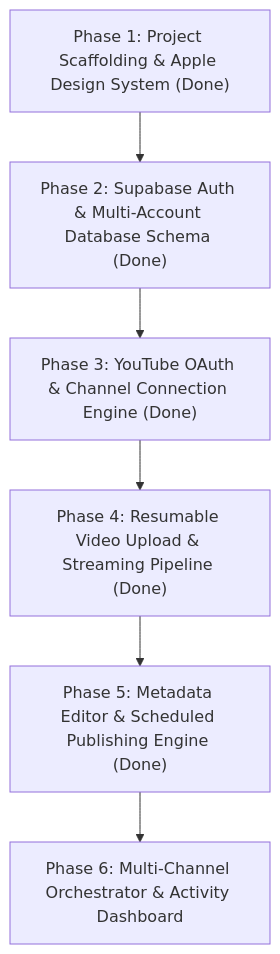
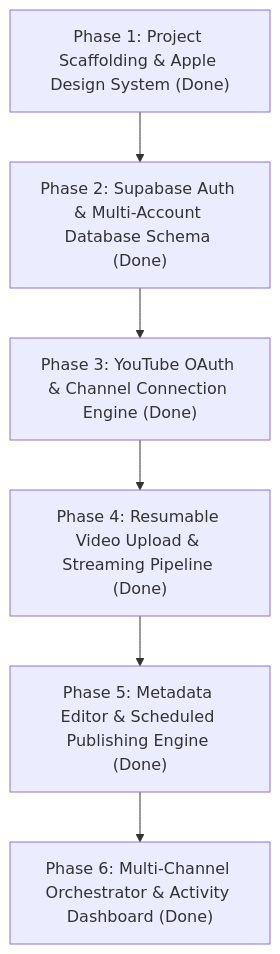
The diagram in .planning/ROADMAP.md (nil-frontend/Social-Hub), drawn with Mermaid before and after one commit. The commit also changed other lines of this file and 7 other files, not shown here.

Commit message:
feat(phase-6): complete multi-channel dispatch orchestrator, live progress modal, and publishing history dashboard

````diff
--- a/.planning/ROADMAP.md
+++ b/.planning/ROADMAP.md
@@ -5,8 +5,8 @@
 ```mermaid
 flowchart TD
     P1["Phase 1: Project Scaffolding & Apple Design System (Done)"] --> P2["Phase 2: Supabase Auth & Multi-Account Database Schema (Done)"]
     P2 --> P3["Phase 3: YouTube OAuth & Channel Connection Engine (Done)"]
     P3 --> P4["Phase 4: Resumable Video Upload & Streaming Pipeline (Done)"]
     P4 --> P5["Phase 5: Metadata Editor & Scheduled Publishing Engine (Done)"]
-    P5 --> P6["Phase 6: Multi-Channel Orchestrator & Activity Dashboard"]
+    P5 --> P6["Phase 6: Multi-Channel Orchestrator & Activity Dashboard (Done)"]
 ```
````
